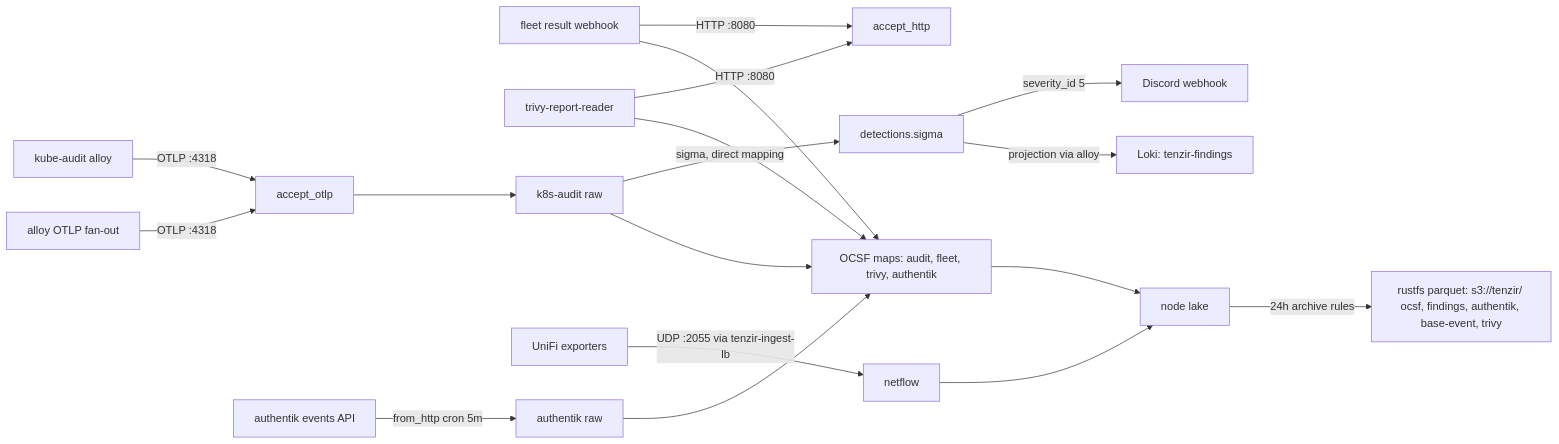
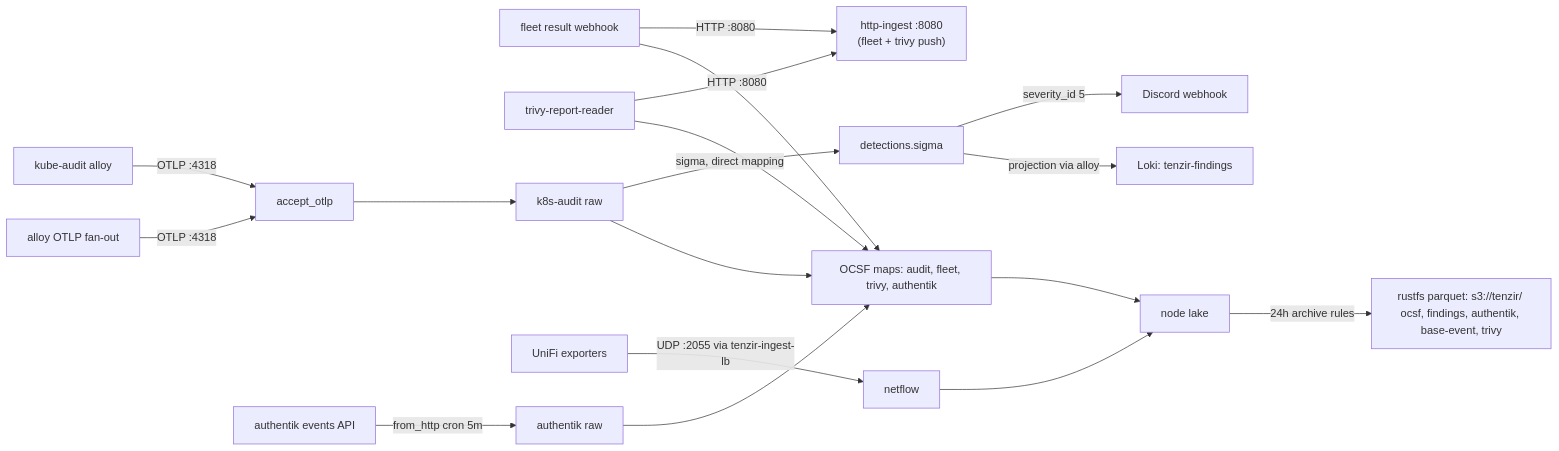
The diagram in flux/manifests/03-services/observability/tenzir/core/README.md (Apocrathia/homelab), drawn with Mermaid before and after one commit.

Commit message:
docs(observability): name the core chart http-ingest node by role
The node labeled accept_http read as an orphan operator name next to the
service-named nodes; it is the http-ingest listener on :8080 that both
the fleet result webhook and the trivy-report-reader POST to.

````diff
--- a/flux/manifests/03-services/observability/tenzir/core/README.md
+++ b/flux/manifests/03-services/observability/tenzir/core/README.md
@@ -27,21 +27,21 @@
 ```mermaid
 flowchart LR
     KAT[kube-audit alloy] -->|"OTLP :4318"| AO[accept_otlp]
     ALY["alloy OTLP fan-out"] -->|"OTLP :4318"| AO
-    FRW["fleet result webhook"] -->|"HTTP :8080"| AH[accept_http]
+    FRW["fleet result webhook"] -->|"HTTP :8080"| AH["http-ingest :8080<br/>(fleet + trivy push)"]
     TRR[trivy-report-reader] -->|"HTTP :8080"| AH
     AKE["authentik events API"] -->|"from_http cron 5m"| AR["authentik raw"]
     UE["UniFi exporters"] -->|"UDP :2055 via tenzir-ingest-lb"| NF[netflow]
 
     AO --> KR["k8s-audit raw"]
     KR -->|"sigma, direct mapping"| SIG[detections.sigma]
     SIG -->|"severity_id 5"| DSC["Discord webhook"]
     SIG -->|"projection via alloy"| LOKI["Loki: tenzir-findings"]
     KR --> MAP["OCSF maps: audit, fleet, trivy, authentik"]
     AR --> MAP
     FRW --> MAP
     TRR --> MAP
     NF --> LAKE["node lake"]
     MAP --> LAKE
     LAKE -->|"24h archive rules"| S3["rustfs parquet: s3://tenzir/ ocsf, findings, authentik, base-event, trivy"]
 ```
````
